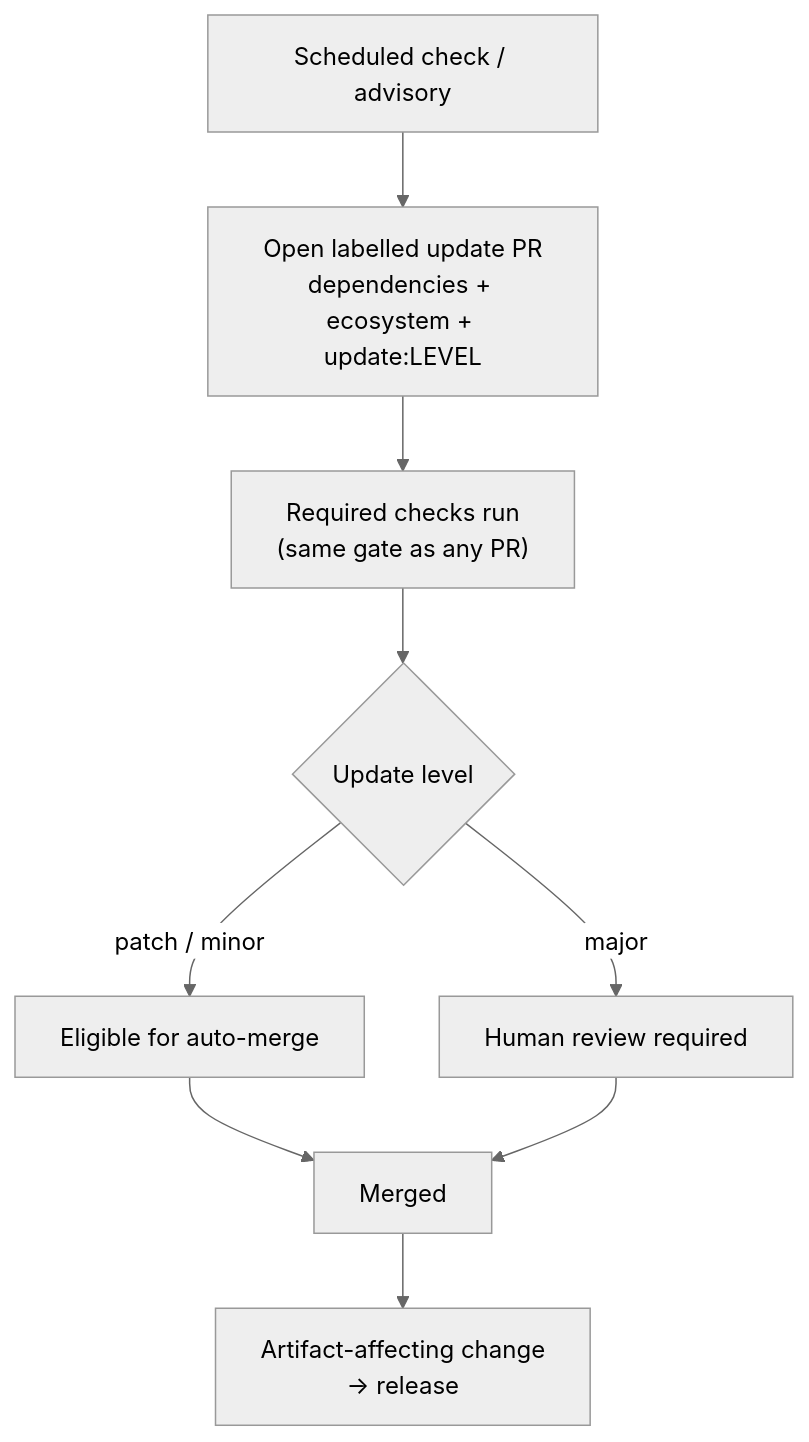
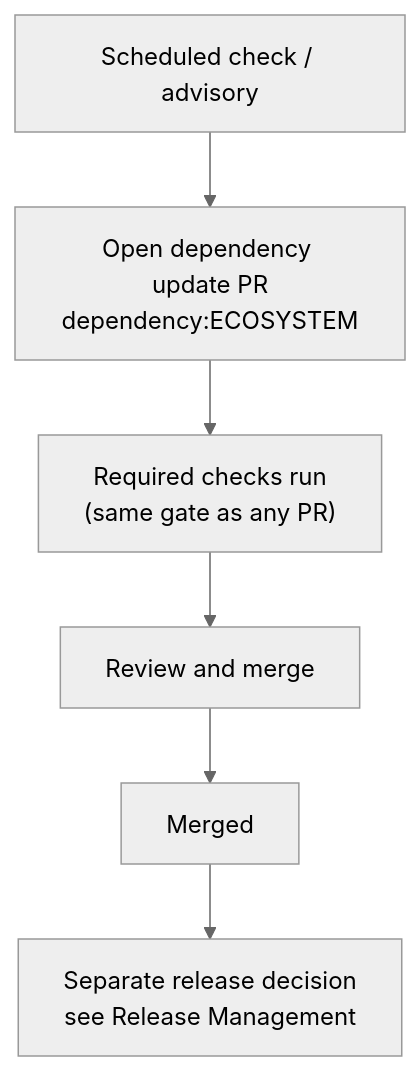
The diagram in src/docs/Capabilities/dependency-updates/design.md (MSXOrg/docs), drawn with Mermaid (neutral theme) before and after one commit. The commit also changed other lines of this file and 11 other files, not shown here.

Commit message:
Clarify dependency update release flow

````diff
--- a/src/docs/Capabilities/dependency-updates/design.md
+++ b/src/docs/Capabilities/dependency-updates/design.md
@@ -76,11 +77,8 @@
 ```mermaid
 flowchart TD
-  check["Scheduled check / advisory"] --> pr["Open labelled update PR<br/>dependencies + ecosystem + update:LEVEL"]
+  check["Scheduled check / advisory"] --> pr["Open dependency update PR<br/>dependency:ECOSYSTEM"]
   pr --> ci["Required checks run<br/>(same gate as any PR)"]
-  ci --> route{"Update level"}
-  route -->|"patch / minor"| auto["Eligible for auto-merge"]
-  route -->|"major"| review["Human review required"]
-  auto --> merged["Merged"]
-  review --> merged
-  merged --> release["Artifact-affecting change<br/>→ release"]
+  ci --> review["Review and merge"]
+  review --> merged["Merged"]
+  merged --> release["Separate release decision<br/>see Release Management"]
 ```
````
